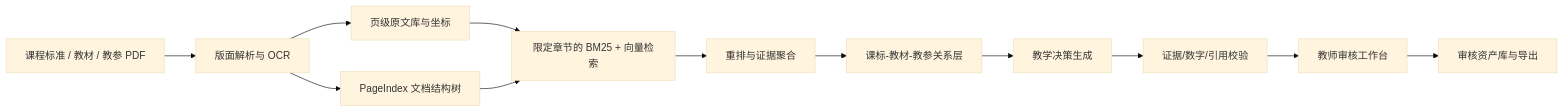
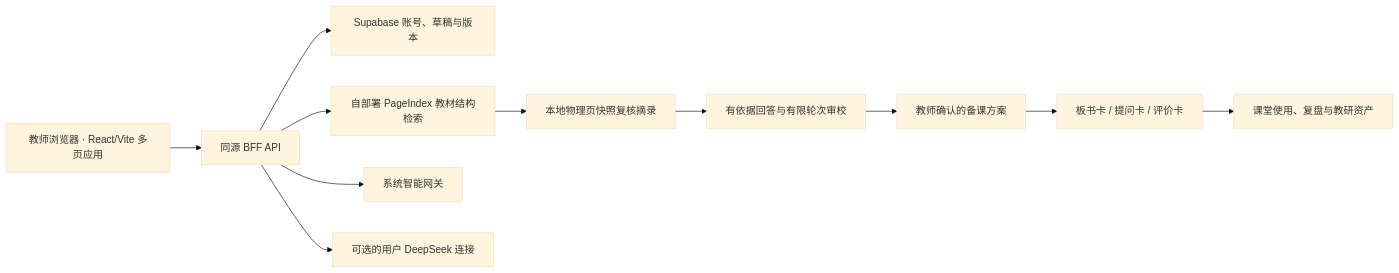
Before and after one commit to LeslieWylie/huojiaocan: the diagram in docs/活教参_人工智能应用创新大赛参赛计划书.md, drawn with Mermaid (base theme). The commit also changed other lines of this file and 7 other files, not shown here.

Commit message:
test: bind UI actions and architecture to code

````diff
--- a/docs/活教参_人工智能应用创新大赛参赛计划书.md
+++ b/docs/活教参_人工智能应用创新大赛参赛计划书.md
@@ -145,14 +145,13 @@
 ```mermaid
 flowchart LR
-  A[课程标准 / 教材 / 教参 PDF] --> B[版面解析与 OCR]
-  B --> C[页级原文库与坐标]
-  B --> D[PageIndex 文档结构树]
-  C --> E[限定章节的 BM25 + 向量检索]
-  D --> E
-  E --> F[重排与证据聚合]
-  F --> G[课标-教材-教参关系层]
-  G --> H[教学决策生成]
-  H --> I[证据/数字/引用校验]
-  I --> J[教师审核工作台]
-  J --> K[审核资产库与导出]
+  A[教师浏览器 · React/Vite 多页应用] --> B[同源 BFF API]
+  B --> C[Supabase 账号、草稿与版本]
+  B --> D[自部署 PageIndex 教材结构检索]
+  D --> E[本地物理页快照复核摘录]
+  E --> F[有依据回答与有限轮次审校]
+  F --> G[教师确认的备课方案]
+  G --> H[板书卡 / 提问卡 / 评价卡]
+  H --> I[课堂使用、复盘与教研资产]
+  B --> J[系统智能网关]
+  B --> K[可选的用户 DeepSeek 连接]
 ```
````
